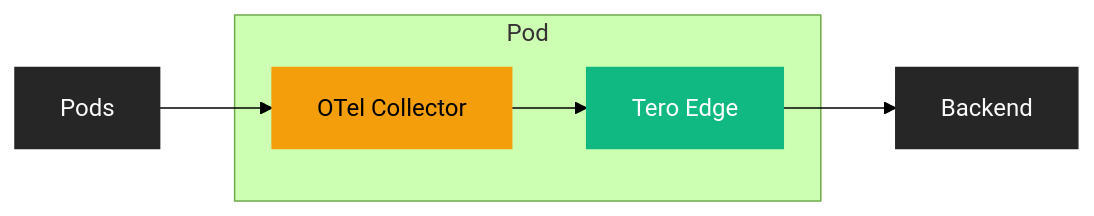
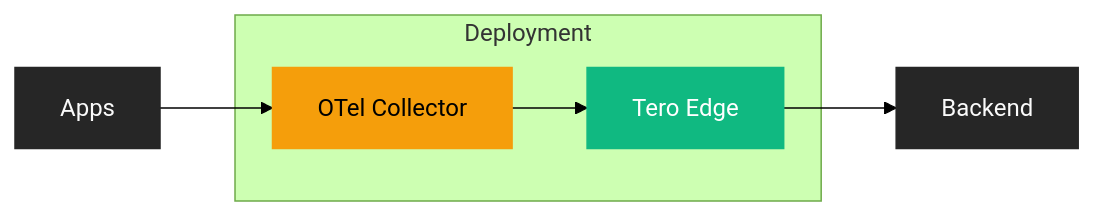
The second of 3 diagrams in integrations/otel-collector.mdx (usetero/docs), drawn with Mermaid (forest theme) before and after one commit. The commit also changed other lines of this file, not shown here.

Commit message:
feat: docs for policy processor w collector (#15)

````diff
--- a/integrations/otel-collector.mdx
+++ b/integrations/otel-collector.mdx
@@ -18,16 +321,16 @@
-```mermaid
-flowchart LR
-    subgraph Pod
-        OTel[OTel Collector]
-        Edge[Tero Edge]
-        OTel --> Edge
-    end
+    ```mermaid
+    flowchart LR
+        subgraph Deployment
+            OTel[OTel Collector]
+            Edge[Tero Edge]
+            OTel --> Edge
+        end
 
-    Pods --> OTel
-    Edge --> Backend[Backend]
+        Apps --> OTel
+        Edge --> Backend[Backend]
 
-    style Pods fill:#262626,stroke:#262626,color:#fafafa
-    style OTel fill:#f59e0b,stroke:#f59e0b,color:#000
-    style Edge fill:#10b981,stroke:#10b981,color:#fff
-    style Backend fill:#262626,stroke:#262626,color:#fafafa
-```
+        style Apps fill:#262626,stroke:#262626,color:#fafafa
+        style OTel fill:#f59e0b,stroke:#f59e0b,color:#000
+        style Edge fill:#10b981,stroke:#10b981,color:#fff
+        style Backend fill:#262626,stroke:#262626,color:#fafafa
+    ```
````
